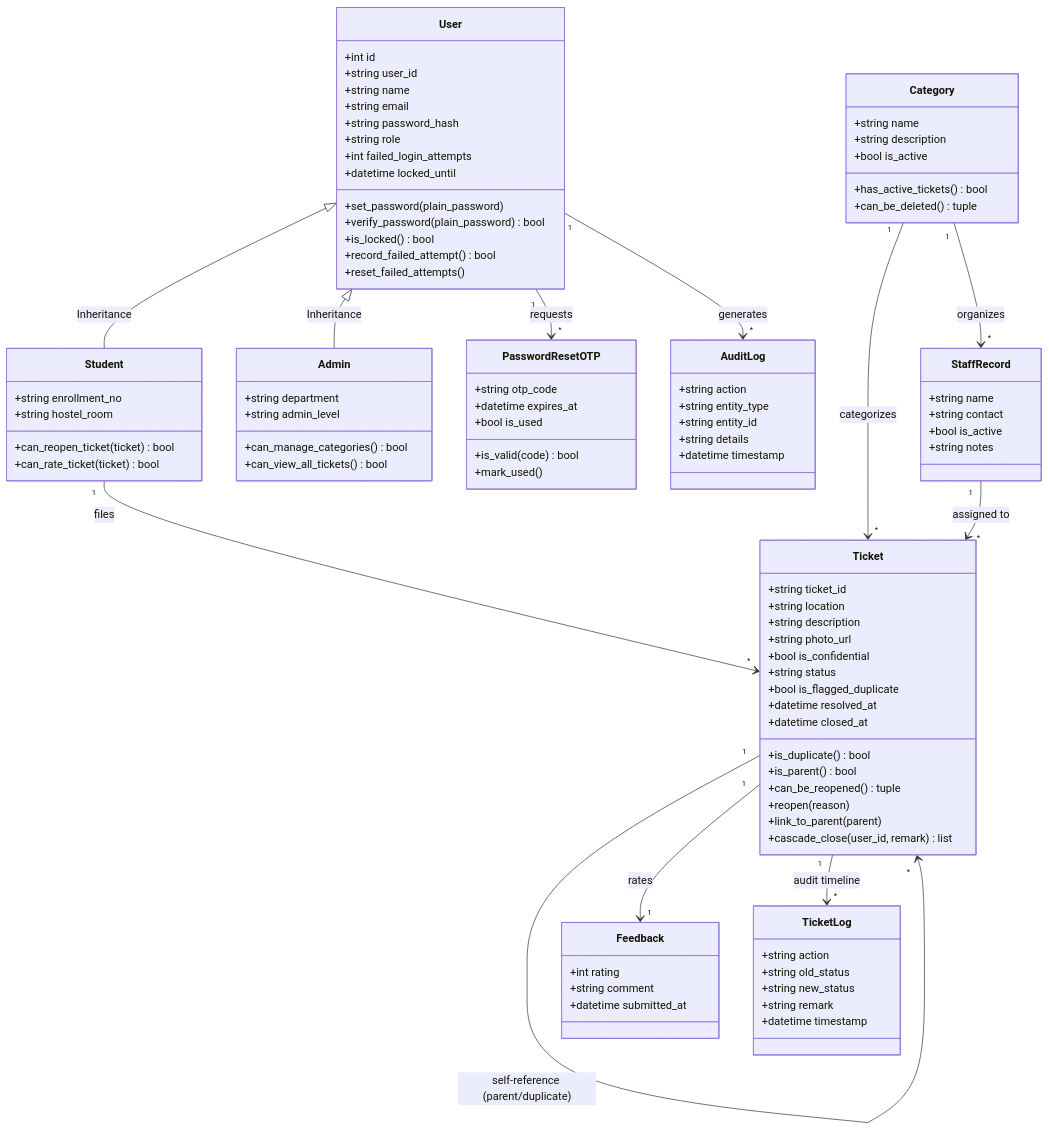
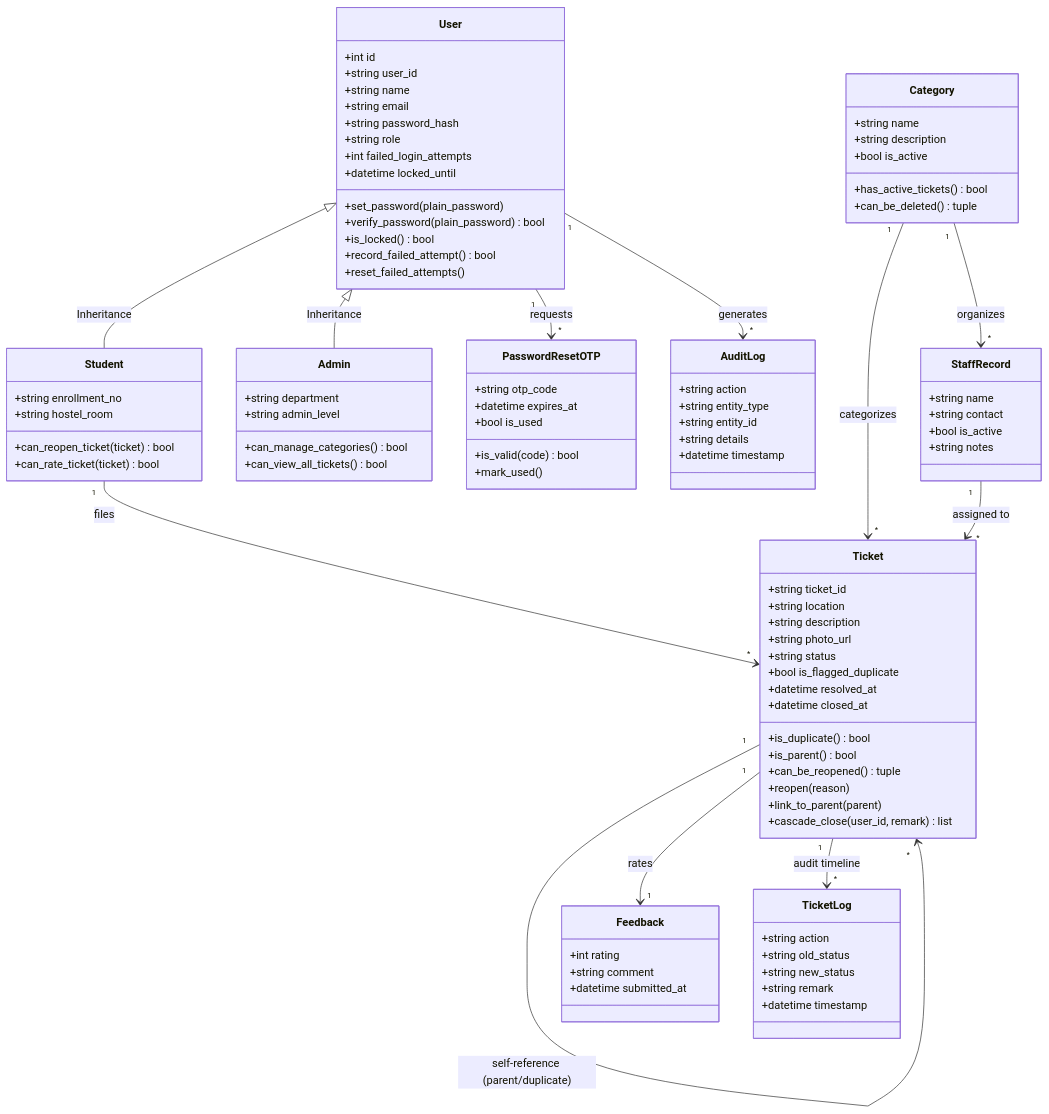
One commit to CleverFox29/Grief changed the diagram in README.md. Above: the diagram before and after it, drawn with Mermaid. The commit also changed other lines of this file and 13 other files, not shown here.

```diff
--- a/README.md
+++ b/README.md
@@ -123,7 +123,6 @@
         +string location
         +string description
         +string photo_url
-        +bool is_confidential
         +string status
         +bool is_flagged_duplicate
         +datetime resolved_at
```
